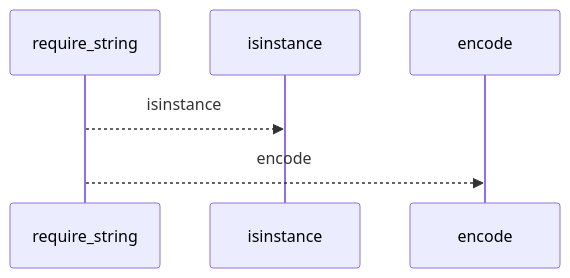
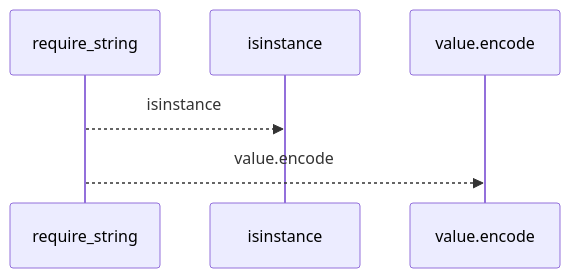
One commit to Denissvgn/python-wiki-llm changed the first of 2 diagrams in docs/llm_wiki/flows/api-require_string.md. Above: the diagram before and after it, drawn with Mermaid. The commit also changed other lines of this file and 719 other files, not shown here.

````diff
--- a/docs/llm_wiki/flows/api-require_string.md
+++ b/docs/llm_wiki/flows/api-require_string.md
@@ -10,8 +10,8 @@
 ```mermaid
 sequenceDiagram
     participant p0 as require_string
     participant p1 as isinstance
-    participant p2 as encode
+    participant p2 as value.encode
     p0-->>p1: isinstance
-    p0-->>p2: encode
+    p0-->>p2: value.encode
 ```
````
